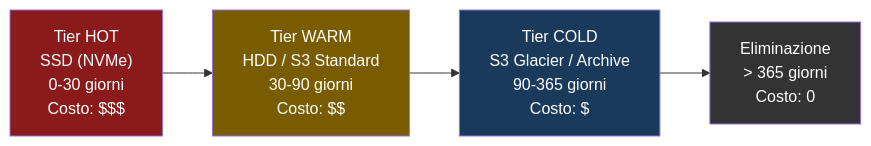
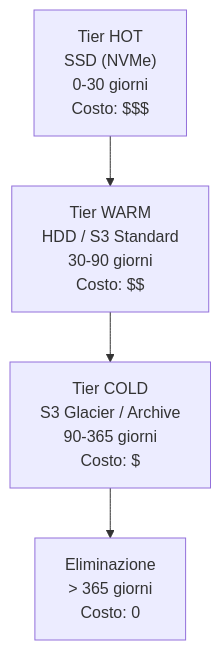
Before and after one commit to AndreyBertasini/gynnitech: the second of 4 diagrams in src/content/corso/infrastructure-ops/costs.mdx, drawn with Mermaid. The commit also changed other lines of this file and 110 other files, not shown here.

First line of the commit message:
chore(content): optimize mermaid diagrams for mobile and dark theme

````diff
--- a/src/content/corso/infrastructure-ops/costs.mdx
+++ b/src/content/corso/infrastructure-ops/costs.mdx
@@ -189,22 +187,18 @@
 ```mermaid
-flowchart LR
+flowchart TD
     HOT["Tier HOT
     SSD (NVMe)
     0-30 giorni
     Costo: $$$"] --> WARM["Tier WARM
     HDD / S3 Standard
     30-90 giorni
     Costo: $$"]
     WARM --> COLD["Tier COLD
     S3 Glacier / Archive
     90-365 giorni
     Costo: $"]
     COLD --> DEL["Eliminazione
     > 365 giorni
     Costo: 0"]
 
-    style HOT fill:#8b1a1a,color:#ffffff
-    style WARM fill:#7a5c00,color:#ffffff
-    style COLD fill:#1a3a5c,color:#ffffff
-    style DEL fill:#333333,color:#ffffff
 ```
````
